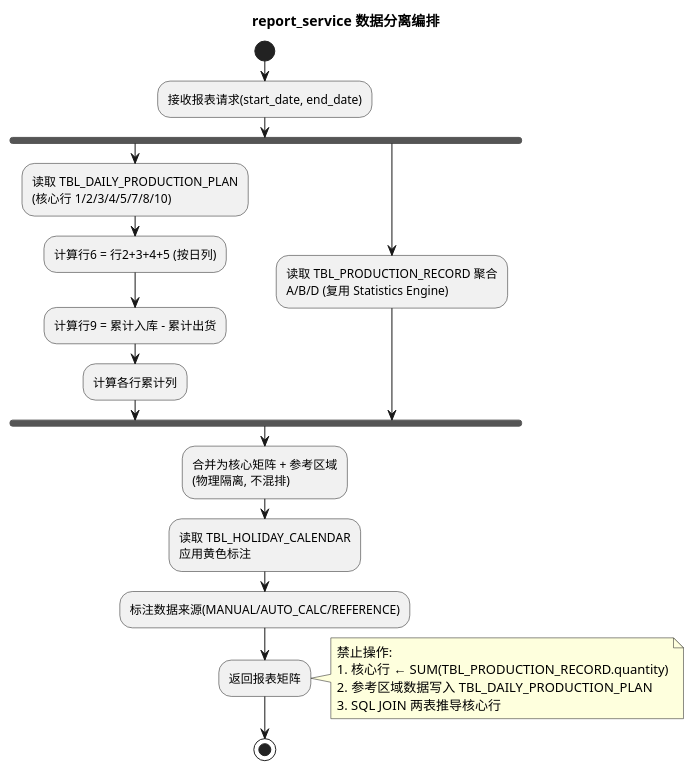
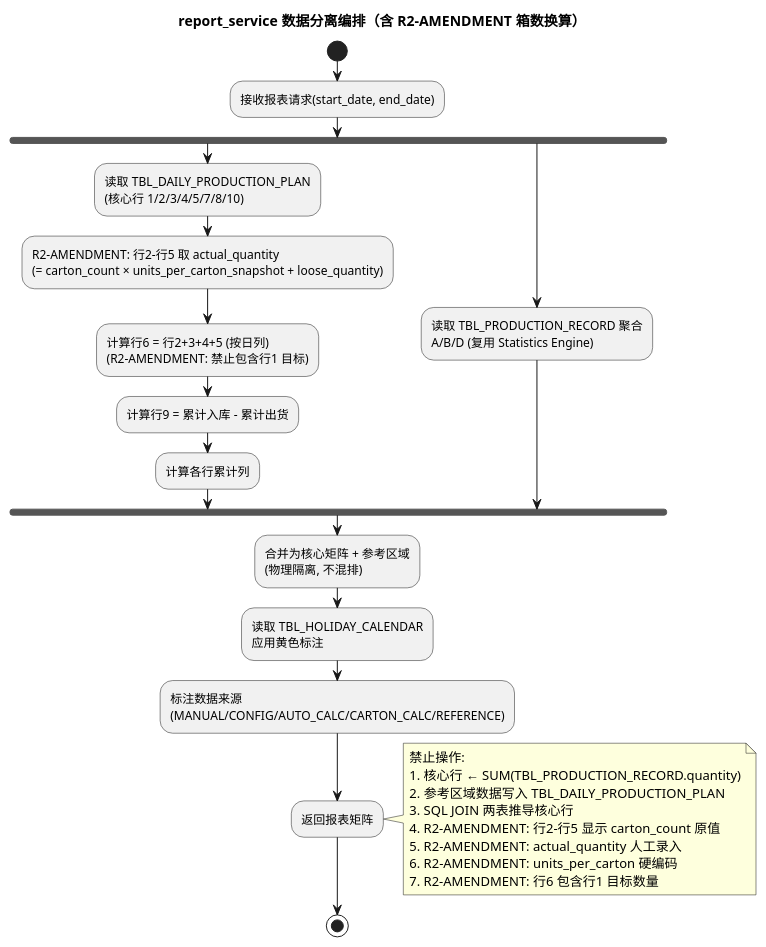
Diagram 13 of 14 in .codeartsdoer/specs/hwview_platform/design.md (wujupeng/HWView), drawn with PlantUML before and after one commit. The commit also changed other lines of this file and 1 other file, not shown here.

First line of the commit message:
R2-AMENDMENT: quantity=carton_count, actual_quantity=carton_count*units_per_carton+loose_quantity

````diff
--- a/.codeartsdoer/specs/hwview_platform/design.md
+++ b/.codeartsdoer/specs/hwview_platform/design.md
@@ -2534,32 +2836,37 @@
 ```plantuml
 @startuml
-title report_service 数据分离编排
+title report_service 数据分离编排（含 R2-AMENDMENT 箱数换算）
 
 start
 :接收报表请求(start_date, end_date);
 
 fork
   :读取 TBL_DAILY_PRODUCTION_PLAN\n(核心行 1/2/3/4/5/7/8/10);
-  :计算行6 = 行2+3+4+5 (按日列);
+  :R2-AMENDMENT: 行2-行5 取 actual_quantity\n(= carton_count × units_per_carton_snapshot + loose_quantity);
+  :计算行6 = 行2+3+4+5 (按日列)\n(R2-AMENDMENT: 禁止包含行1 目标);
   :计算行9 = 累计入库 - 累计出货;
   :计算各行累计列;
 fork again
   :读取 TBL_PRODUCTION_RECORD 聚合\nA/B/D (复用 Statistics Engine);
 end fork
 
 :合并为核心矩阵 + 参考区域\n(物理隔离, 不混排);
 :读取 TBL_HOLIDAY_CALENDAR\n应用黄色标注;
-:标注数据来源(MANUAL/AUTO_CALC/REFERENCE);
+:标注数据来源\n(MANUAL/CONFIG/AUTO_CALC/CARTON_CALC/REFERENCE);
 :返回报表矩阵;
 
 note right
   禁止操作:
   1. 核心行 ← SUM(TBL_PRODUCTION_RECORD.quantity)
   2. 参考区域数据写入 TBL_DAILY_PRODUCTION_PLAN
   3. SQL JOIN 两表推导核心行
+  4. R2-AMENDMENT: 行2-行5 显示 carton_count 原值
+  5. R2-AMENDMENT: actual_quantity 人工录入
+  6. R2-AMENDMENT: units_per_carton 硬编码
+  7. R2-AMENDMENT: 行6 包含行1 目标数量
 end note
 
 stop
 
 @enduml
 ```
````
